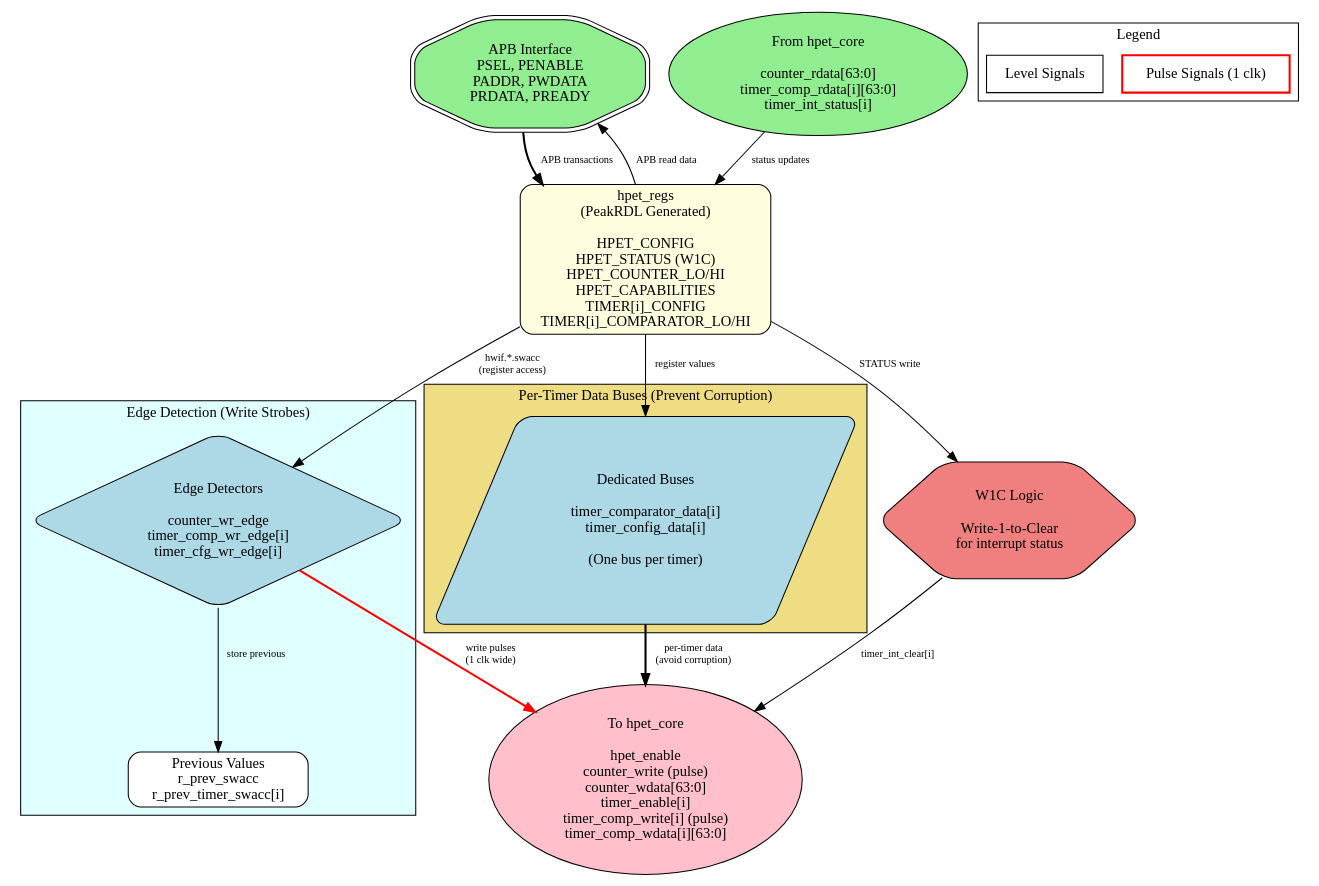
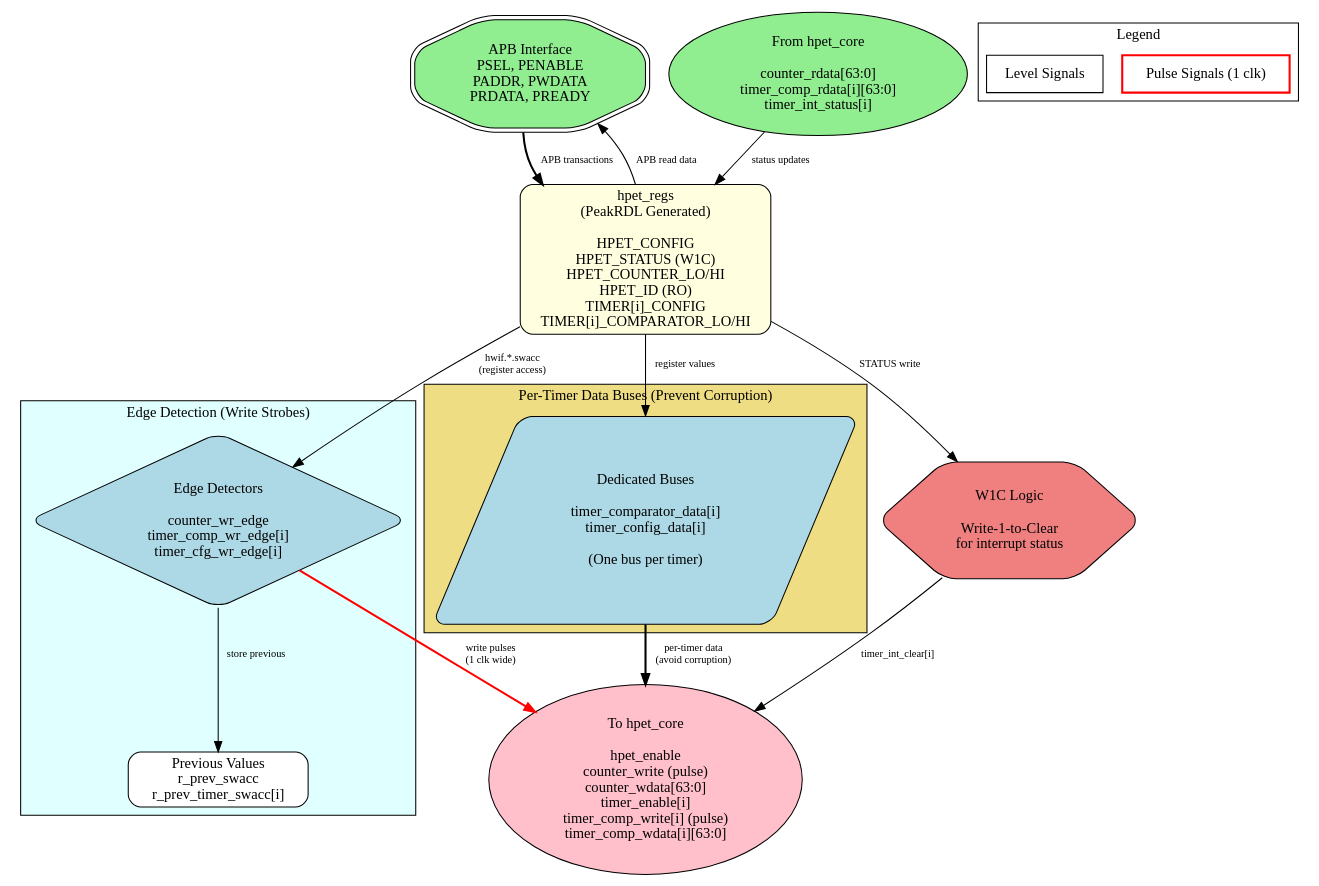
The diagram in projects/components/retro_legacy_blocks/docs/hpet_mas/assets/graphviz/hpet_config_regs.gv (sean-galloway/RTLDesignSherpa), drawn with Graphviz before and after one commit. The commit also changed 28 other files, not shown here.

```diff
--- a/projects/components/retro_legacy_blocks/docs/hpet_mas/assets/graphviz/hpet_config_regs.gv
+++ b/projects/components/retro_legacy_blocks/docs/hpet_mas/assets/graphviz/hpet_config_regs.gv
@@ -1,67 +1,67 @@
 // HPET Config Registers Block Diagram
 // Module: hpet_config_regs
 // Purpose: APB register interface with edge detection and bus mapping
 
 digraph hpet_config_regs {
     rankdir=TB;
     node [shape=box, style="rounded,filled", fillcolor=lightblue];
     edge [fontsize=10];
 
     // APB Interface
     apb_if [label="APB Interface\nPSEL, PENABLE\nPADDR, PWDATA\nPRDATA, PREADY", shape=doubleoctagon, fillcolor=lightgreen];
 
     // PeakRDL Generated Registers
-    peak_regs [label="hpet_regs\n(PeakRDL Generated)\n\nHPET_CONFIG\nHPET_STATUS (W1C)\nHPET_COUNTER_LO/HI\nHPET_CAPABILITIES\nTIMER[i]_CONFIG\nTIMER[i]_COMPARATOR_LO/HI", fillcolor=lightyellow];
+    peak_regs [label="hpet_regs\n(PeakRDL Generated)\n\nHPET_CONFIG\nHPET_STATUS (W1C)\nHPET_COUNTER_LO/HI\nHPET_ID (RO)\nTIMER[i]_CONFIG\nTIMER[i]_COMPARATOR_LO/HI", fillcolor=lightyellow];
 
     // Edge Detection Logic
     subgraph cluster_edge {
         label="Edge Detection (Write Strobes)";
         style=filled;
         fillcolor=lightcyan;
 
         edge_detect [label="Edge Detectors\n\ncounter_wr_edge\ntimer_comp_wr_edge[i]\ntimer_cfg_wr_edge[i]", shape=diamond];
         prev_regs [label="Previous Values\nr_prev_swacc\nr_prev_timer_swacc[i]", fillcolor=white];
     }
 
     // Per-Timer Data Buses
     subgraph cluster_buses {
         label="Per-Timer Data Buses (Prevent Corruption)";
         style=filled;
         fillcolor=lightgoldenrod;
 
         timer_data [label="Dedicated Buses\n\ntimer_comparator_data[i]\ntimer_config_data[i]\n\n(One bus per timer)", shape=parallelogram];
     }
 
     // Output Signals to hpet_core
     core_if [label="To hpet_core\n\nhpet_enable\ncounter_write (pulse)\ncounter_wdata[63:0]\ntimer_enable[i]\ntimer_comp_write[i] (pulse)\ntimer_comp_wdata[i][63:0]", shape=ellipse, fillcolor=pink];
 
     // Input Signals from hpet_core
     core_status [label="From hpet_core\n\ncounter_rdata[63:0]\ntimer_comp_rdata[i][63:0]\ntimer_int_status[i]", shape=ellipse, fillcolor=lightgreen];
 
     // Dataflow
     apb_if -> peak_regs [label="APB transactions", style=bold];
     peak_regs -> edge_detect [label="hwif.*.swacc\n(register access)"];
     edge_detect -> prev_regs [label="store previous"];
     edge_detect -> core_if [label="write pulses\n(1 clk wide)", style=bold, color=red];
 
     peak_regs -> timer_data [label="register values"];
     timer_data -> core_if [label="per-timer data\n(avoid corruption)", style=bold];
 
     core_status -> peak_regs [label="status updates"];
     peak_regs -> apb_if [label="APB read data"];
 
     // W1C Status Clear
     status_clear [label="W1C Logic\n\nWrite-1-to-Clear\nfor interrupt status", shape=hexagon, fillcolor=lightcoral];
     peak_regs -> status_clear [label="STATUS write"];
     status_clear -> core_if [label="timer_int_clear[i]"];
 
     // Legend
     subgraph cluster_legend {
         label="Legend";
         style=filled;
         fillcolor=white;
 
         leg_pulse [label="Pulse Signals (1 clk)", style=bold, color=red];
         leg_level [label="Level Signals", style=solid];
     }
 }
```
